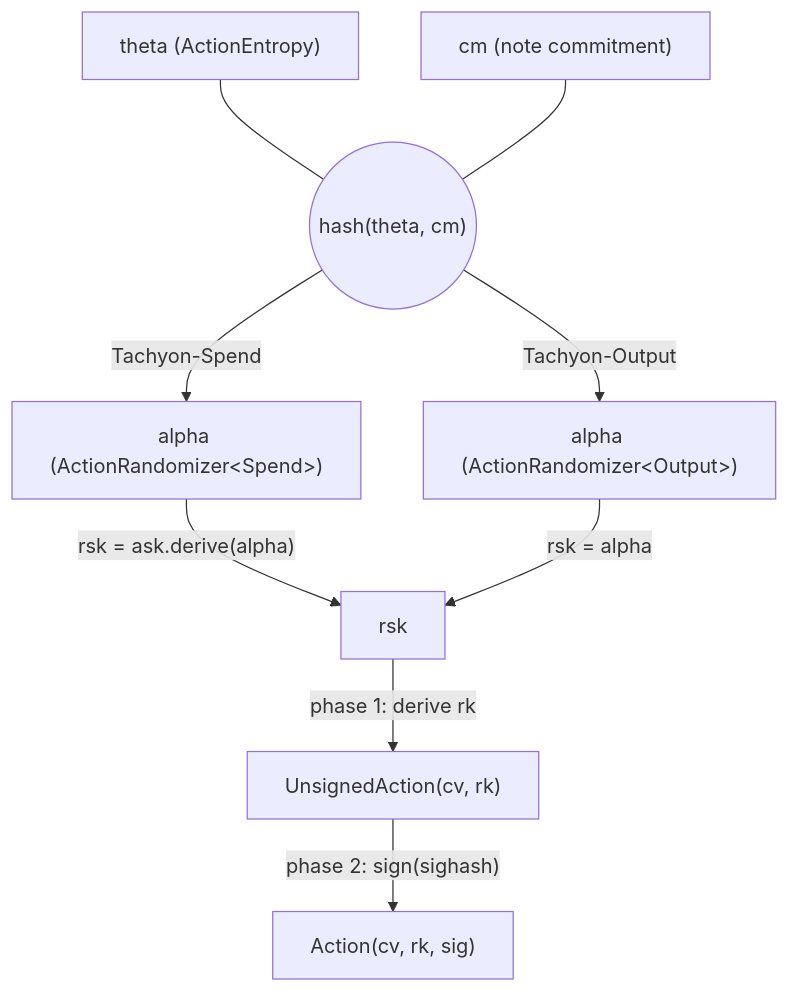
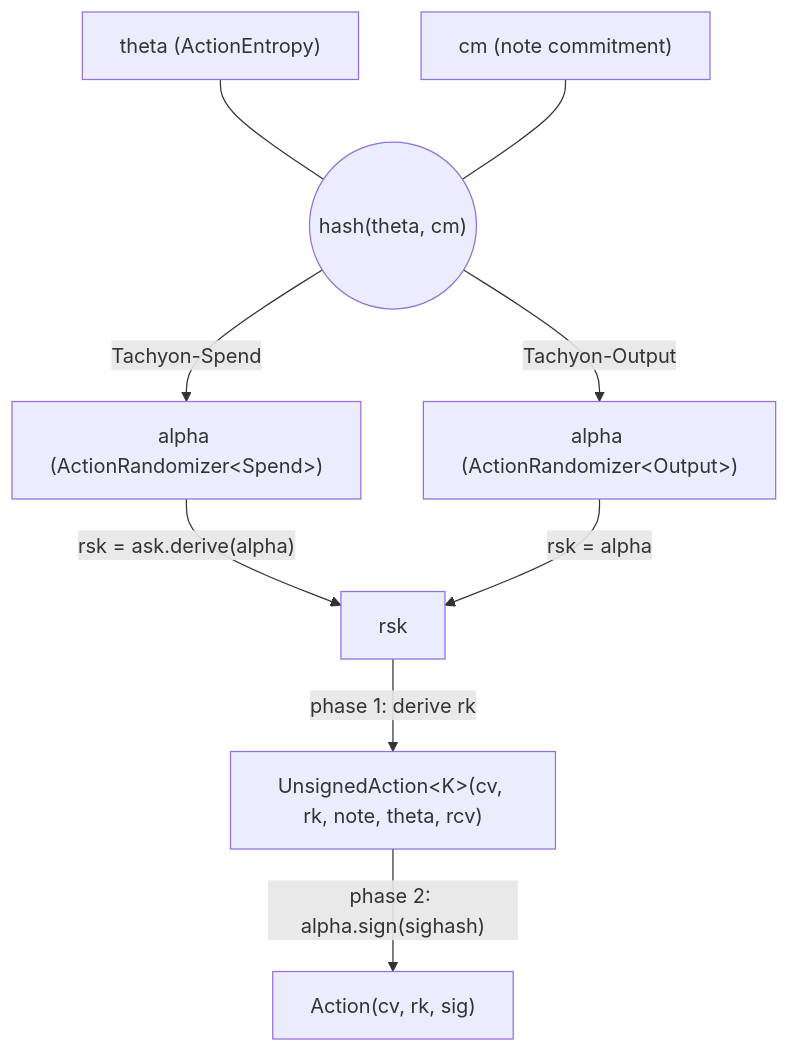
Before and after one commit to tachyon-zcash/tachyon: the first of 2 diagrams in book/src/authorization.md, drawn with Mermaid. The commit also changed other lines of this file and 10 other files, not shown here.

````diff
--- a/book/src/authorization.md
+++ b/book/src/authorization.md
@@ -11,20 +11,20 @@
 ```mermaid
 flowchart TB
     theta["theta (ActionEntropy)"]
     cm["cm (note commitment)"]
     hash(("hash(theta, cm)"))
 
     theta & cm --- hash
 
     hash -->|"Tachyon-Spend"| spend_alpha
     hash -->|"Tachyon-Output"| output_alpha
 
     spend_alpha["alpha (ActionRandomizer&lt;Spend&gt;)"]
     output_alpha["alpha (ActionRandomizer&lt;Output&gt;)"]
 
     spend_alpha -->|"rsk = ask.derive(alpha)"| rsk
     output_alpha -->|"rsk = alpha"| rsk
 
-    rsk -->|"phase 1: derive rk"| unsigned["UnsignedAction(cv, rk)"]
-    unsigned -->|"phase 2: sign(sighash)"| action["Action(cv, rk, sig)"]
+    rsk -->|"phase 1: derive rk"| unsigned["UnsignedAction&lt;K&gt;(cv, rk, note, theta, rcv)"]
+    unsigned -->|"phase 2: alpha.sign(sighash)"| action["Action(cv, rk, sig)"]
 ```
````
